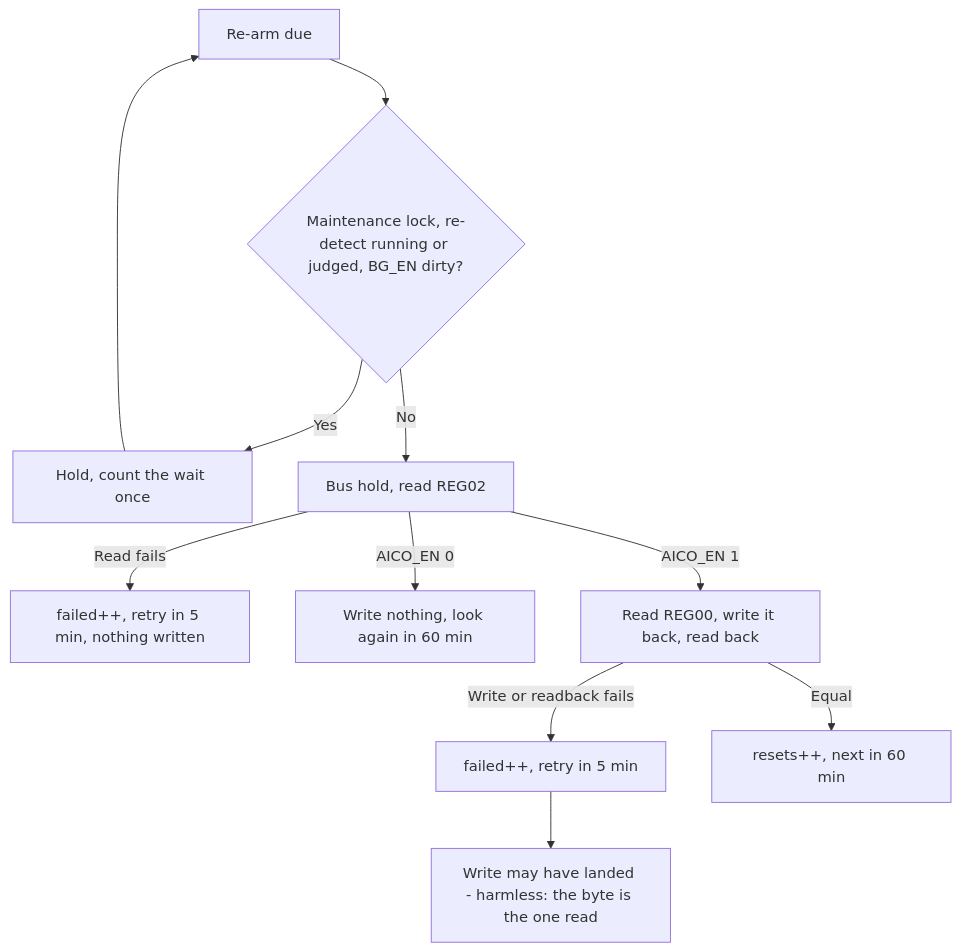
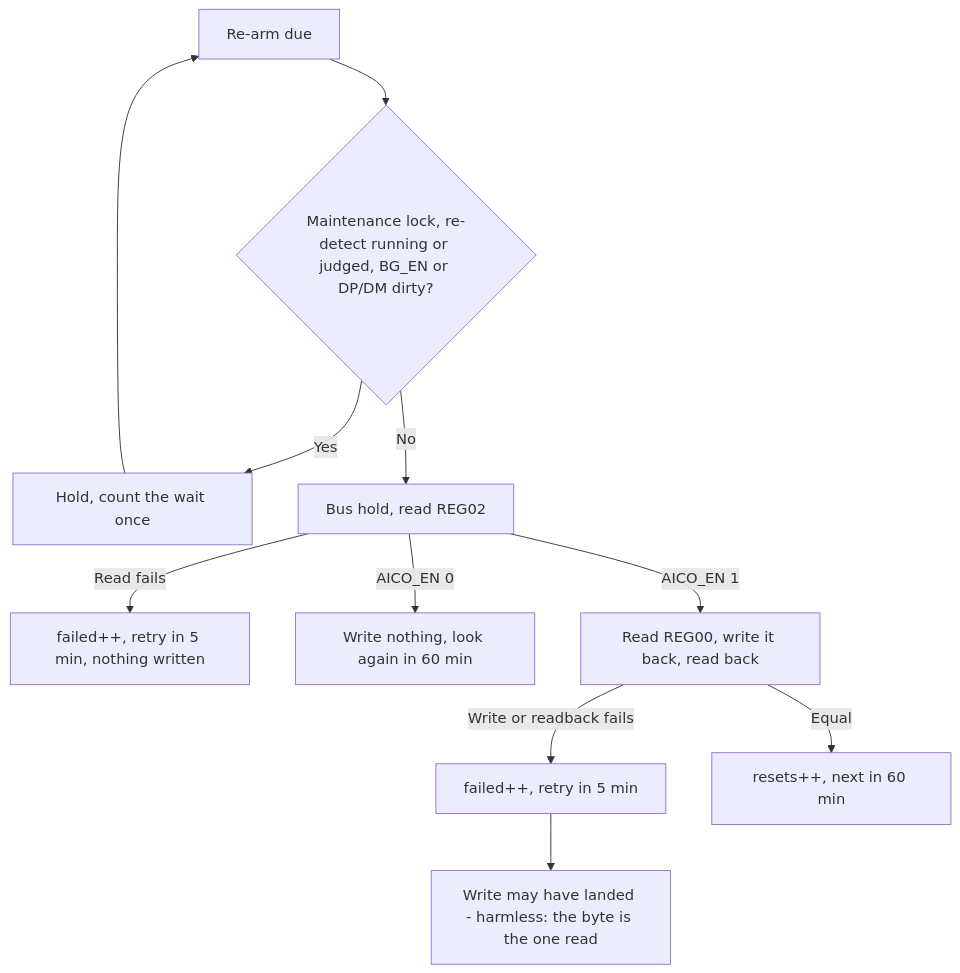
The third of 4 diagrams in docs/charger-aico.md (Jan-IngenHousz-Institute/ambyte-iot), drawn with Mermaid before and after one commit. The commit also changed other lines of this file and 26 other files, not shown here.

````diff
--- a/docs/charger-aico.md
+++ b/docs/charger-aico.md
@@ -191,12 +191,12 @@
 ```mermaid
 flowchart TD
-    A[Re-arm due] --> B{Maintenance lock, re-detect running or judged, BG_EN dirty?}
+    A[Re-arm due] --> B{Maintenance lock, re-detect running or judged, BG_EN or DP/DM dirty?}
     B -- Yes --> H[Hold, count the wait once] --> A
     B -- No --> C[Bus hold, read REG02]
     C -- Read fails --> F[failed++, retry in 5 min, nothing written]
     C -- AICO_EN 0 --> W[Write nothing, look again in 60 min]
     C -- AICO_EN 1 --> D[Read REG00, write it back, read back]
     D -- Write or readback fails --> F2[failed++, retry in 5 min]
     D -- Equal --> R[resets++, next in 60 min]
     F2 --> Q["Write may have landed - harmless: the byte is the one read"]
 ```
````
